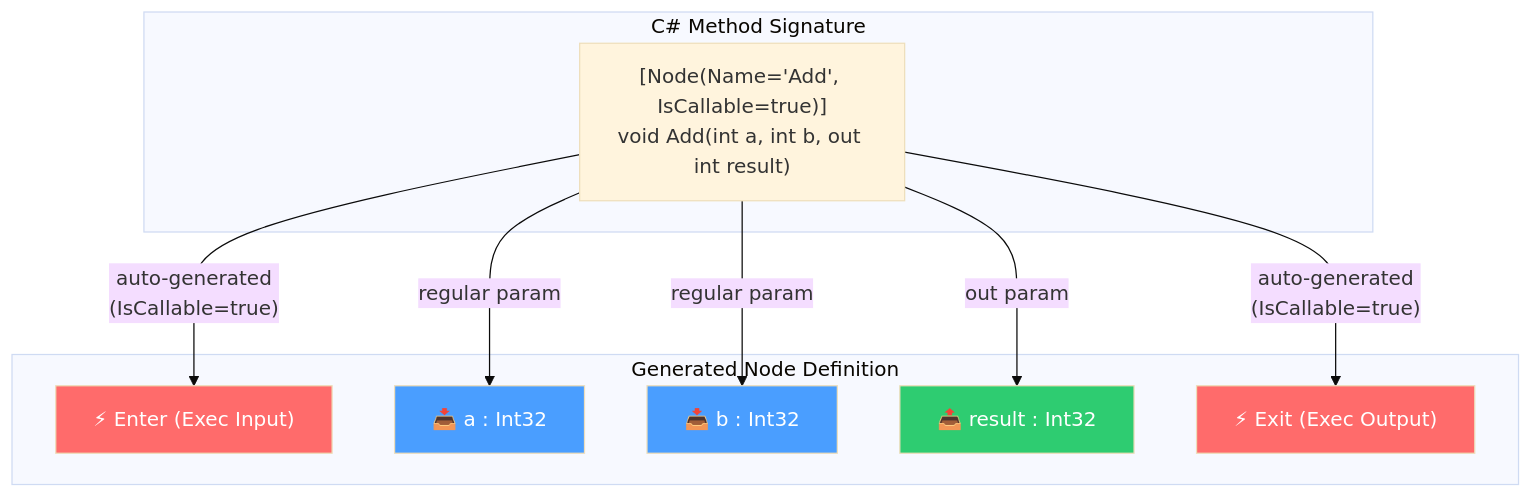
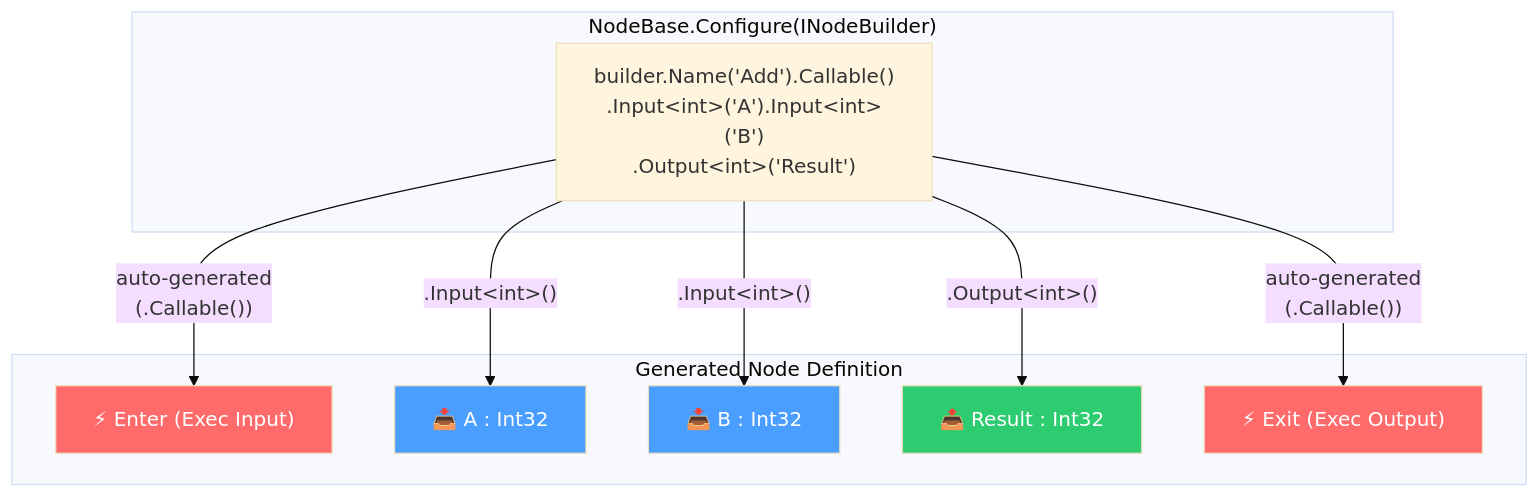
The fifth of 32 diagrams in docs/reference/EXECUTION_ENGINE.md (Johnny2x2/NodeEditor.Net), drawn with Mermaid (base theme) before and after one commit. The commit also changed other lines of this file and 20 other files, not shown here.

````diff
--- a/docs/reference/EXECUTION_ENGINE.md
+++ b/docs/reference/EXECUTION_ENGINE.md
@@ -234,26 +234,26 @@
 ```mermaid
 graph TD
-    subgraph "C# Method Signature"
-        Method["[Node(Name='Add', IsCallable=true)]<br/>void Add(int a, int b, out int result)"]
+    subgraph "NodeBase.Configure(INodeBuilder)"
+        Method["builder.Name('Add').Callable()<br/>.Input&lt;int&gt;('A').Input&lt;int&gt;('B')<br/>.Output&lt;int&gt;('Result')"]
     end
 
     subgraph "Generated Node Definition"
         Enter["⚡ Enter (Exec Input)"]
-        InputA["📥 a : Int32"]
-        InputB["📥 b : Int32"]
-        OutputR["📤 result : Int32"]
+        InputA["📥 A : Int32"]
+        InputB["📥 B : Int32"]
+        OutputR["📤 Result : Int32"]
         Exit["⚡ Exit (Exec Output)"]
     end
 
-    Method -->|"auto-generated<br/>(IsCallable=true)"| Enter
-    Method -->|"regular param"| InputA
-    Method -->|"regular param"| InputB
-    Method -->|"out param"| OutputR
-    Method -->|"auto-generated<br/>(IsCallable=true)"| Exit
+    Method -->|"auto-generated<br/>(.Callable())"| Enter
+    Method -->|".Input&lt;int&gt;()"| InputA
+    Method -->|".Input&lt;int&gt;()"| InputB
+    Method -->|".Output&lt;int&gt;()"| OutputR
+    Method -->|"auto-generated<br/>(.Callable())"| Exit
 
     style Enter fill:#ff6b6b,color:#fff
     style Exit fill:#ff6b6b,color:#fff
     style InputA fill:#4a9eff,color:#fff
     style InputB fill:#4a9eff,color:#fff
     style OutputR fill:#2ecc71,color:#fff
 ```
````
